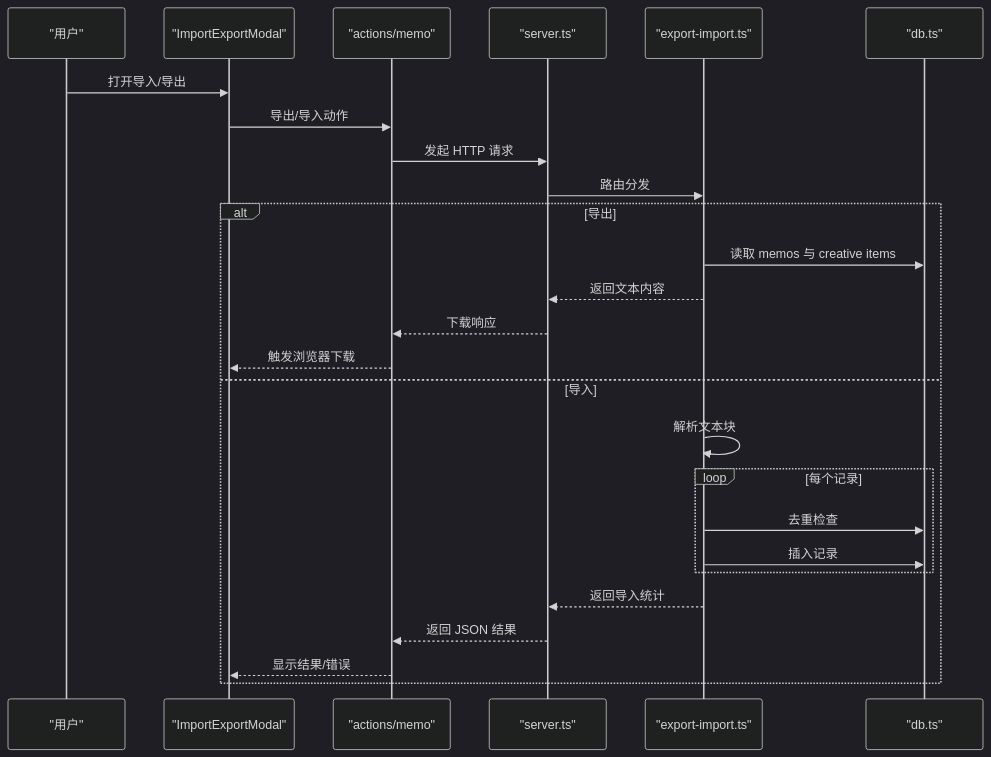
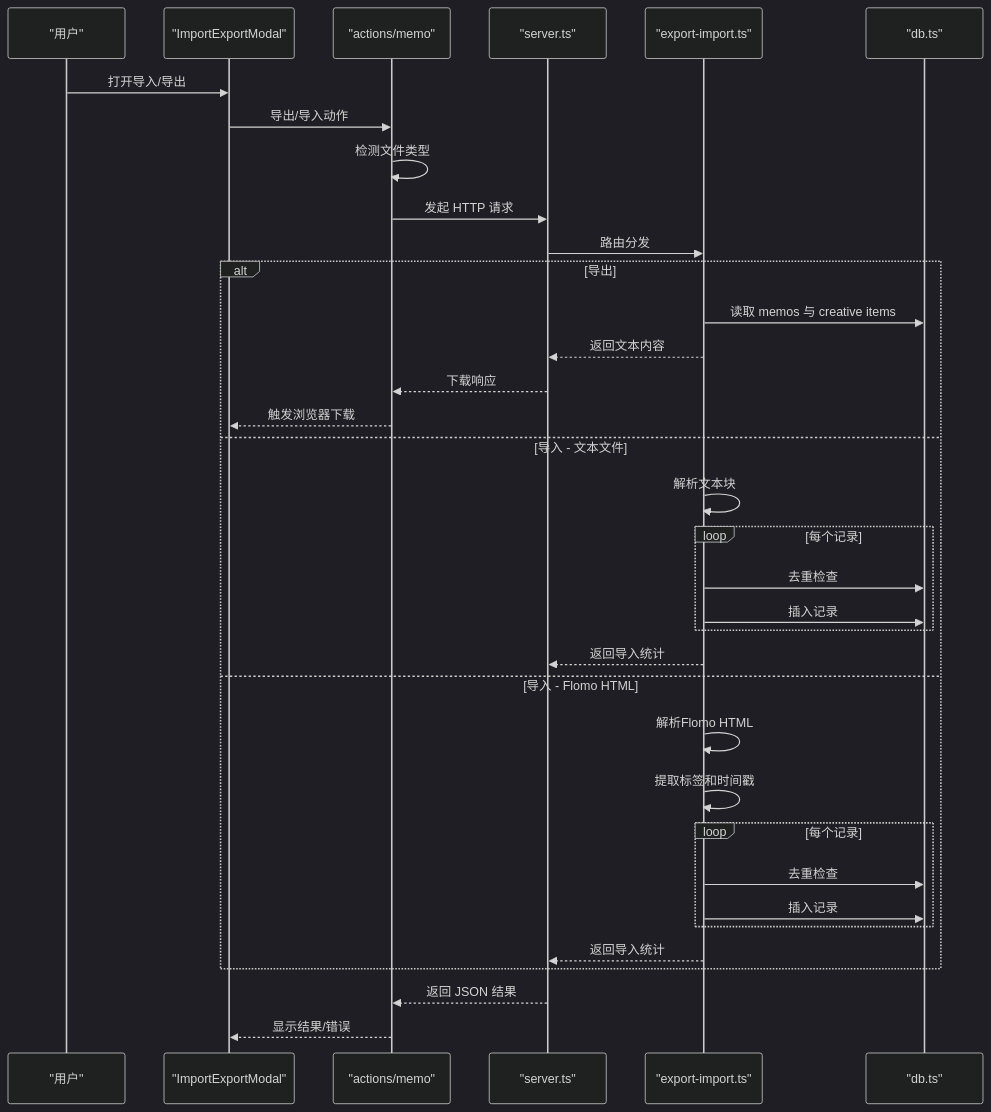
The second of 6 diagrams in .qoder/repowiki/zh/content/前端应用/Admin管理界面/导入导出功能/导入导出功能.md (BlackBoxRecorder/memos), drawn with Mermaid (dark theme) before and after one commit. The commit also changed other lines of this file and 19 other files, not shown here.

````diff
--- a/.qoder/repowiki/zh/content/前端应用/Admin管理界面/导入导出功能/导入导出功能.md
+++ b/.qoder/repowiki/zh/content/前端应用/Admin管理界面/导入导出功能/导入导出功能.md
@@ -106,28 +117,37 @@
 ```mermaid
 sequenceDiagram
 participant U as "用户"
 participant UI as "ImportExportModal"
 participant ACT as "actions/memo"
 participant SRV as "server.ts"
 participant API as "export-import.ts"
 participant DB as "db.ts"
 U->>UI : 打开导入/导出
 UI->>ACT : 导出/导入动作
+ACT->>ACT : 检测文件类型
 ACT->>SRV : 发起 HTTP 请求
 SRV->>API : 路由分发
 alt 导出
 API->>DB : 读取 memos 与 creative items
 API-->>SRV : 返回文本内容
 SRV-->>ACT : 下载响应
 ACT-->>UI : 触发浏览器下载
-else 导入
+else 导入 - 文本文件
 API->>API : 解析文本块
 loop 每个记录
 API->>DB : 去重检查
 API->>DB : 插入记录
 end
 API-->>SRV : 返回导入统计
+else 导入 - Flomo HTML
+API->>API : 解析Flomo HTML
+API->>API : 提取标签和时间戳
+loop 每个记录
+API->>DB : 去重检查
+API->>DB : 插入记录
+end
+API-->>SRV : 返回导入统计
+end
 SRV-->>ACT : 返回 JSON 结果
 ACT-->>UI : 显示结果/错误
-end
 ```
````
